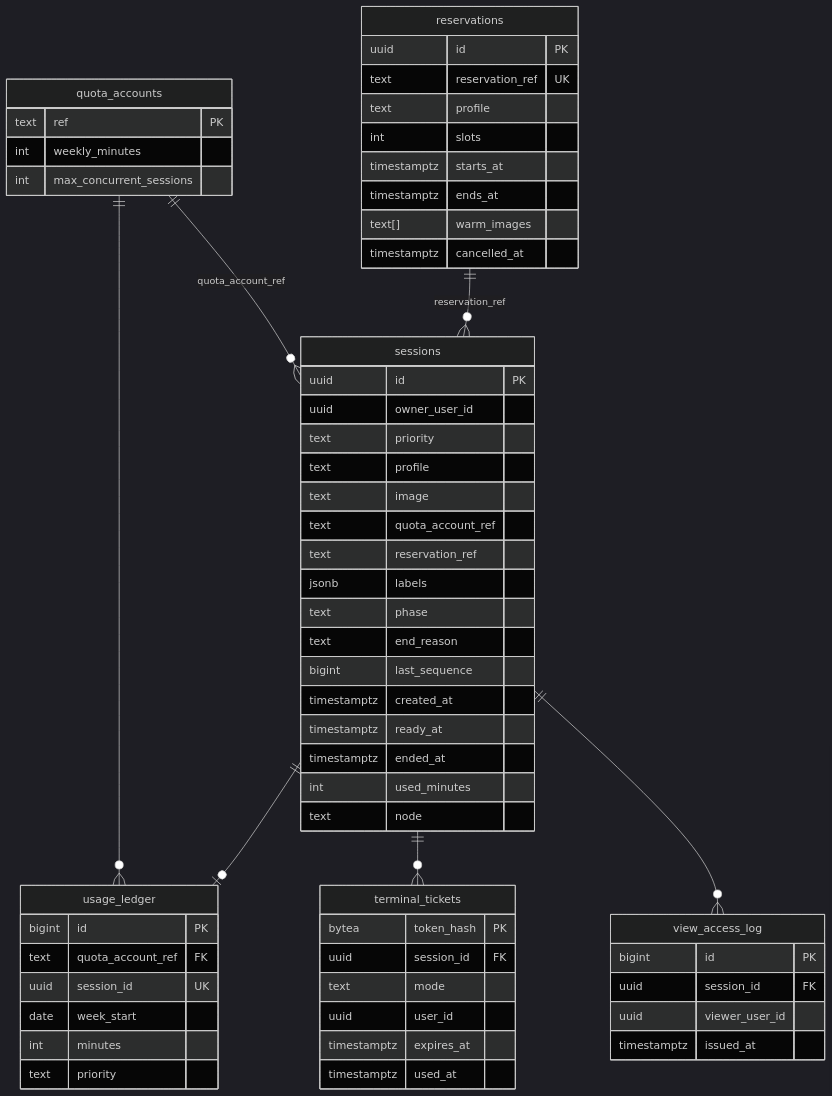
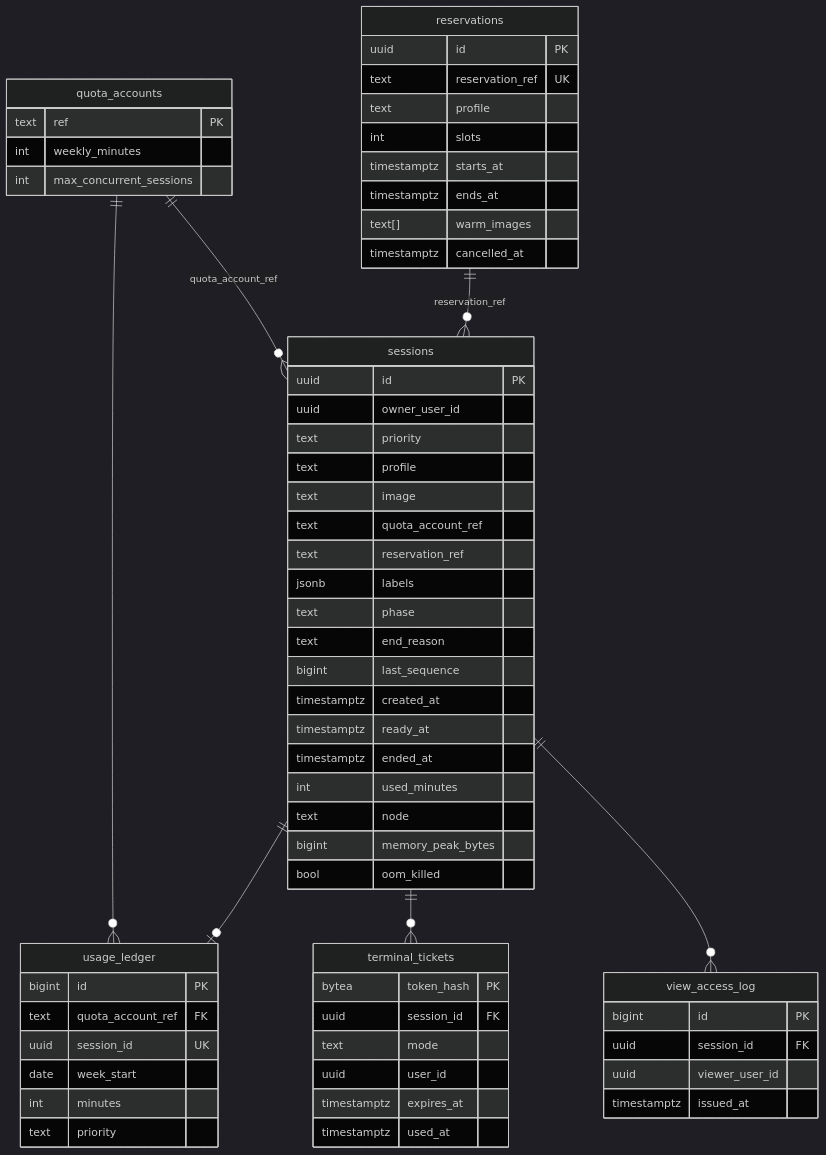
One commit to NhatMinh0311/Crucible changed the second of 2 diagrams in docs/modules/m1-runtime.md. Above: the diagram before and after it, drawn with Mermaid (dark theme). The commit also changed other lines of this file and 6 other files, not shown here.

````diff
--- a/docs/modules/m1-runtime.md
+++ b/docs/modules/m1-runtime.md
@@ -163,65 +173,67 @@
 ```mermaid
 erDiagram
     quota_accounts ||--o{ sessions : "quota_account_ref"
     quota_accounts ||--o{ usage_ledger : ""
     sessions ||--o| usage_ledger : ""
     sessions ||--o{ terminal_tickets : ""
     sessions ||--o{ view_access_log : ""
     reservations ||--o{ sessions : "reservation_ref"
 
     sessions {
         uuid id PK
         uuid owner_user_id
         text priority
         text profile
         text image
         text quota_account_ref
         text reservation_ref
         jsonb labels
         text phase
         text end_reason
         bigint last_sequence
         timestamptz created_at
         timestamptz ready_at
         timestamptz ended_at
         int used_minutes
         text node
+        bigint memory_peak_bytes
+        bool oom_killed
     }
     quota_accounts {
         text ref PK
         int weekly_minutes
         int max_concurrent_sessions
     }
     usage_ledger {
         bigint id PK
         text quota_account_ref FK
         uuid session_id UK
         date week_start
         int minutes
         text priority
     }
     reservations {
         uuid id PK
         text reservation_ref UK
         text profile
         int slots
         timestamptz starts_at
         timestamptz ends_at
         text[] warm_images
         timestamptz cancelled_at
     }
     terminal_tickets {
         bytea token_hash PK
         uuid session_id FK
         text mode
         uuid user_id
         timestamptz expires_at
         timestamptz used_at
     }
     view_access_log {
         bigint id PK
         uuid session_id FK
         uuid viewer_user_id
         timestamptz issued_at
     }
 ```
````
